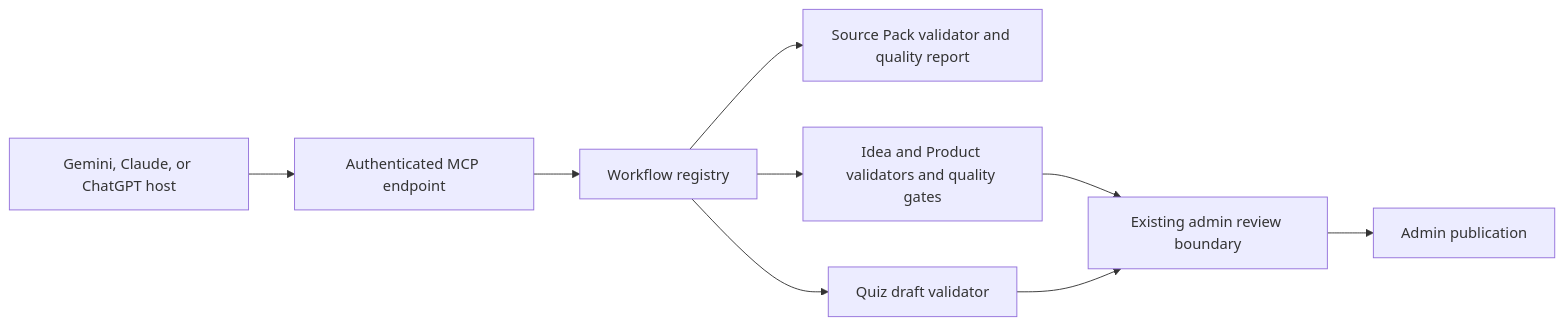
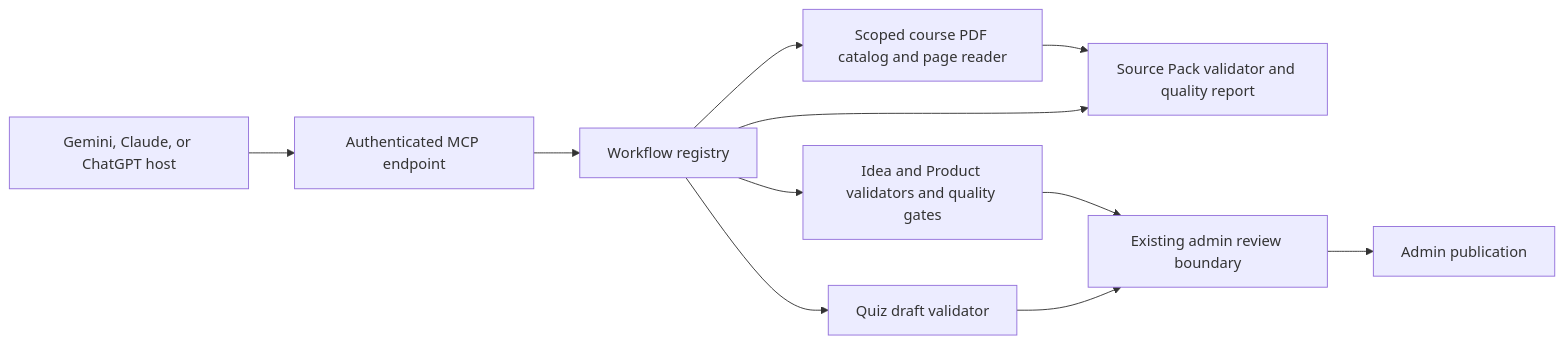
One commit to soezyxstt/zyxacademy changed the fifth of 8 diagrams in docs/ARCHITECTURE.md. Above: the diagram before and after it, drawn with Mermaid. The commit also changed other lines of this file and 28 other files, not shown here.

````diff
--- a/docs/ARCHITECTURE.md
+++ b/docs/ARCHITECTURE.md
@@ -227,11 +227,13 @@
 ```mermaid
 flowchart LR
     H[Gemini, Claude, or ChatGPT host] --> M[Authenticated MCP endpoint]
     M --> W[Workflow registry]
+    W --> F[Scoped course PDF catalog and page reader]
+    F --> S[Source Pack validator and quality report]
     W --> S[Source Pack validator and quality report]
     W --> B[Idea and Product validators and quality gates]
     W --> Q[Quiz draft validator]
     B --> R[Existing admin review boundary]
     Q --> R
     R --> P[Admin publication]
 ```
````
